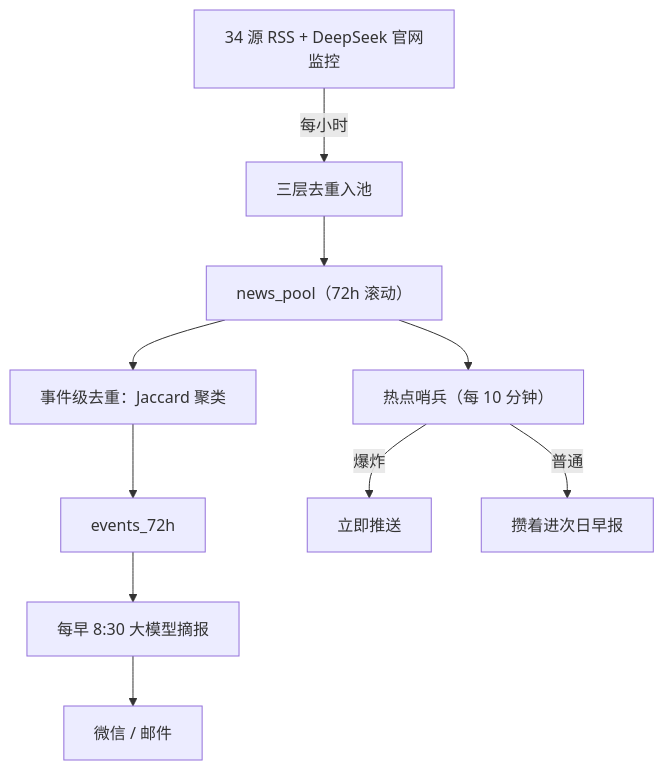
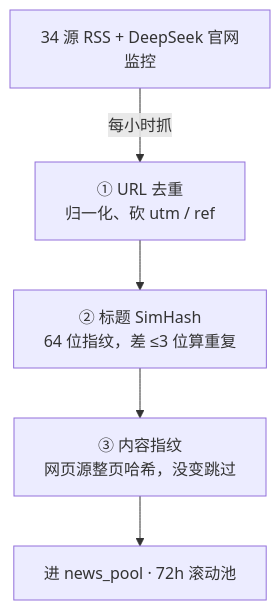
The first of 4 diagrams in src/content/post/ai-daily-shutdown/index.md (zkl2333/blog), drawn with Mermaid before and after one commit. The commit also changed other lines of this file, not shown here.

First line of the commit message:
refactor: 早报博客流程图拆成 4 张分段细图

````diff
--- a/src/content/post/ai-daily-shutdown/index.md
+++ b/src/content/post/ai-daily-shutdown/index.md
@@ -29,12 +35,7 @@
 ```mermaid
 flowchart TD
-    A["34 源 RSS + DeepSeek 官网监控"] -->|每小时| B[三层去重入池]
-    B --> C["news_pool（72h 滚动）"]
-    C --> D["事件级去重：Jaccard 聚类"]
-    D --> E[events_72h]
-    E --> F["每早 8:30 大模型摘报"]
-    F --> G["微信 / 邮件"]
-    C --> H["热点哨兵（每 10 分钟）"]
-    H -->|爆炸| I[立即推送]
-    H -->|普通| J[攒着进次日早报]
+    A["34 源 RSS + DeepSeek 官网监控"] -->|每小时抓| B["① URL 去重<br/>归一化、砍 utm / ref"]
+    B --> C["② 标题 SimHash<br/>64 位指纹，差 ≤3 位算重复"]
+    C --> D["③ 内容指纹<br/>网页源整页哈希，没变跳过"]
+    D --> E["进 news_pool · 72h 滚动池"]
 ```
````
